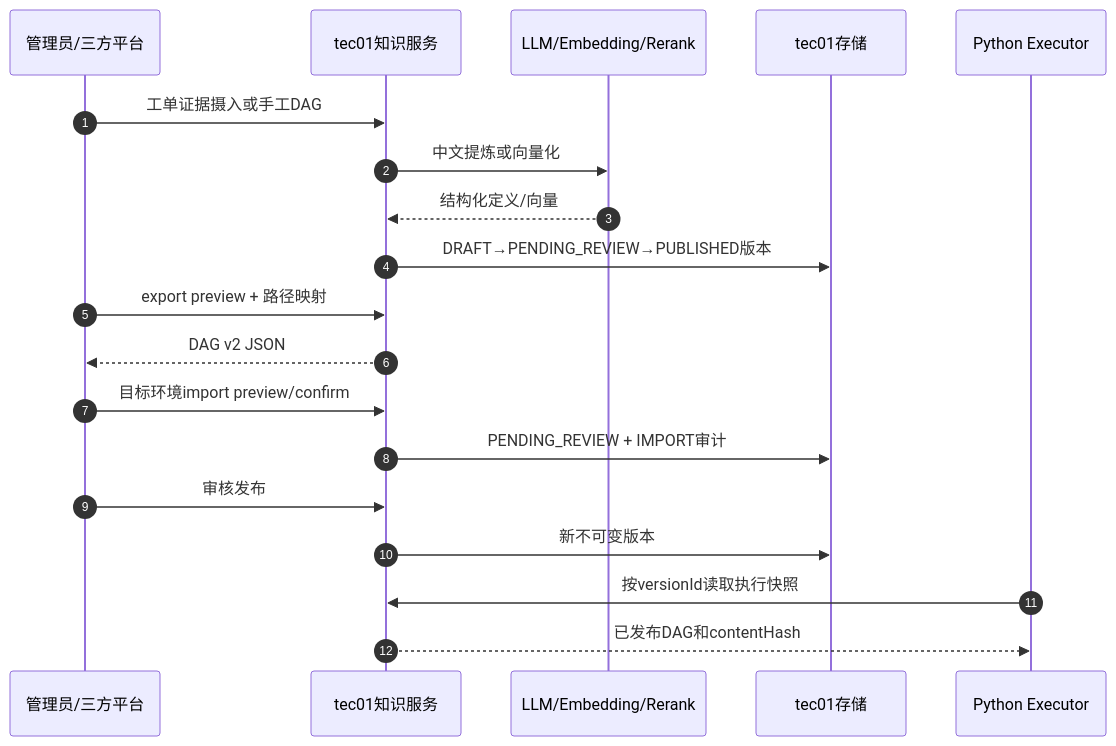
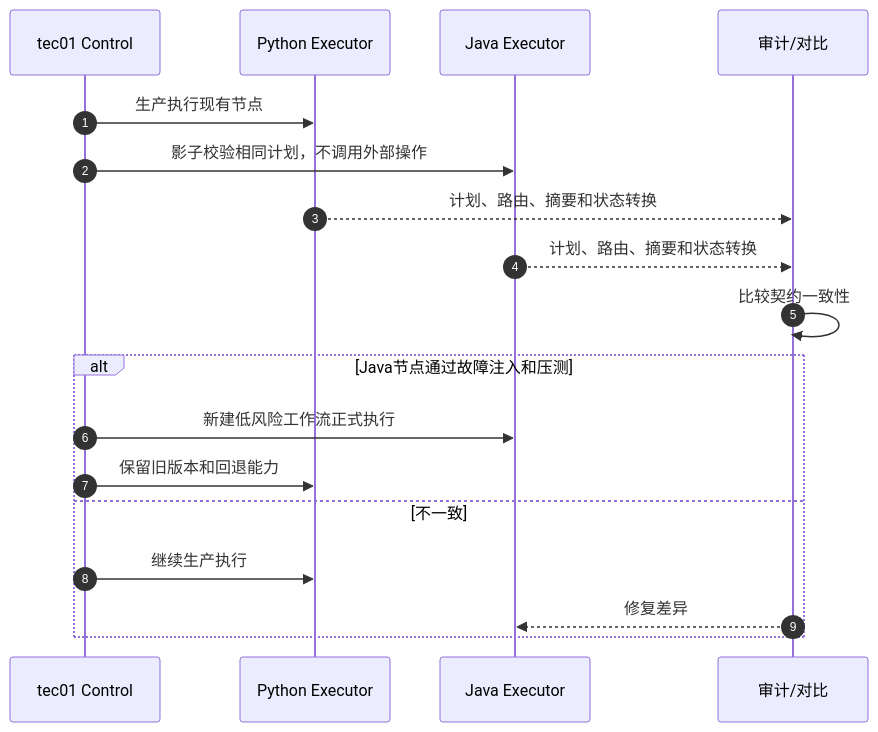
One commit to armin1024/itsm-workflow changed the seventh of 7 diagrams in docs/tec01-control-plane-split.md. Above: the diagram before and after it, drawn with Mermaid. The commit also changed other lines of this file and 2 other files, not shown here.

Commit message:
docs: move MCP ownership to tec01 control plane

````diff
--- a/docs/tec01-control-plane-split.md
+++ b/docs/tec01-control-plane-split.md
@@ -376,22 +417,21 @@
 ```mermaid
 sequenceDiagram
     autonumber
-    participant A as 管理员/三方平台
-    participant T as tec01知识服务
-    participant L as LLM/Embedding/Rerank
-    participant DB as tec01存储
-    participant E as Python Executor
+    participant C as tec01 Control
+    participant P as Python Executor
+    participant J as Java Executor
+    participant A as 审计/对比
 
-    A->>T: 工单证据摄入或手工DAG
-    T->>L: 中文提炼或向量化
-    L-->>T: 结构化定义/向量
-    T->>DB: DRAFT→PENDING_REVIEW→PUBLISHED版本
-    A->>T: export preview + 路径映射
-    T-->>A: DAG v2 JSON
-    A->>T: 目标环境import preview/confirm
-    T->>DB: PENDING_REVIEW + IMPORT审计
-    A->>T: 审核发布
-    T->>DB: 新不可变版本
-    E->>T: 按versionId读取执行快照
-    T-->>E: 已发布DAG和contentHash
+    C->>P: 生产执行现有节点
+    C->>J: 影子校验相同计划，不调用外部操作
+    P-->>A: 计划、路由、摘要和状态转换
+    J-->>A: 计划、路由、摘要和状态转换
+    A->>A: 比较契约一致性
+    alt Java节点通过故障注入和压测
+        C->>J: 新建低风险工作流正式执行
+        C->>P: 保留旧版本和回退能力
+    else 不一致
+        C->>P: 继续生产执行
+        A-->>J: 修复差异
+    end
 ```
````
